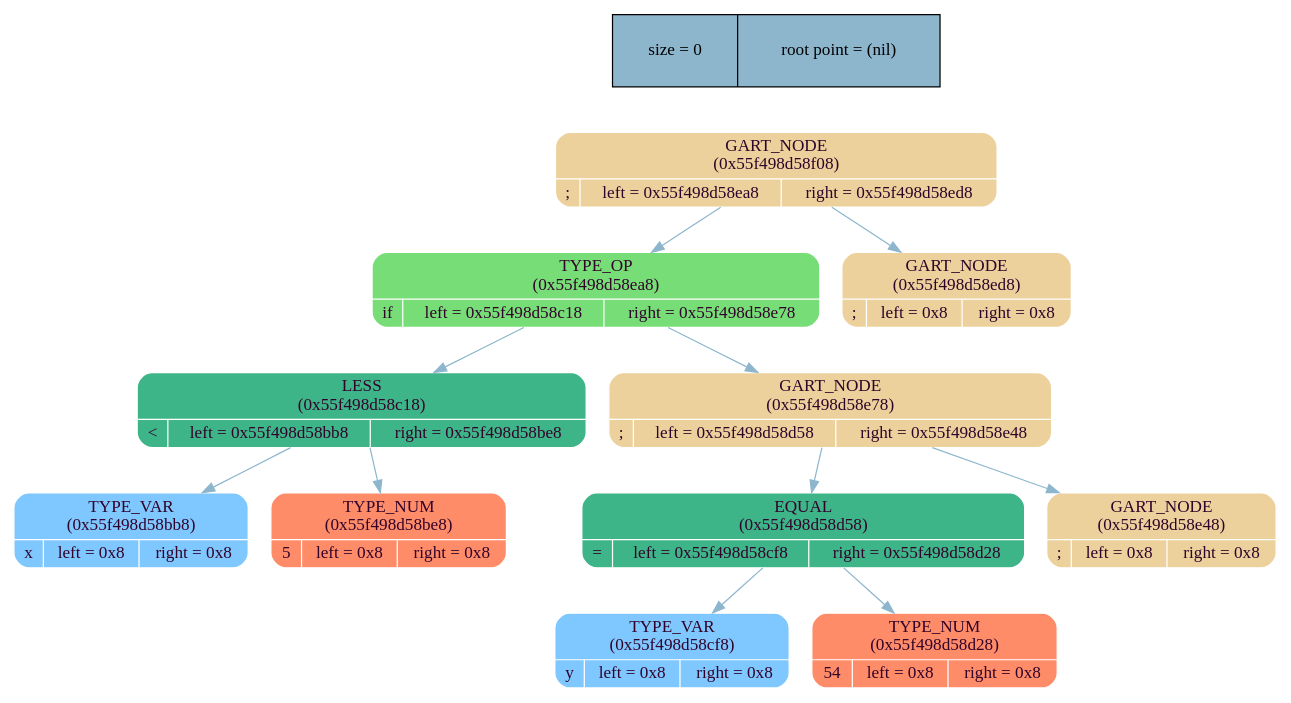
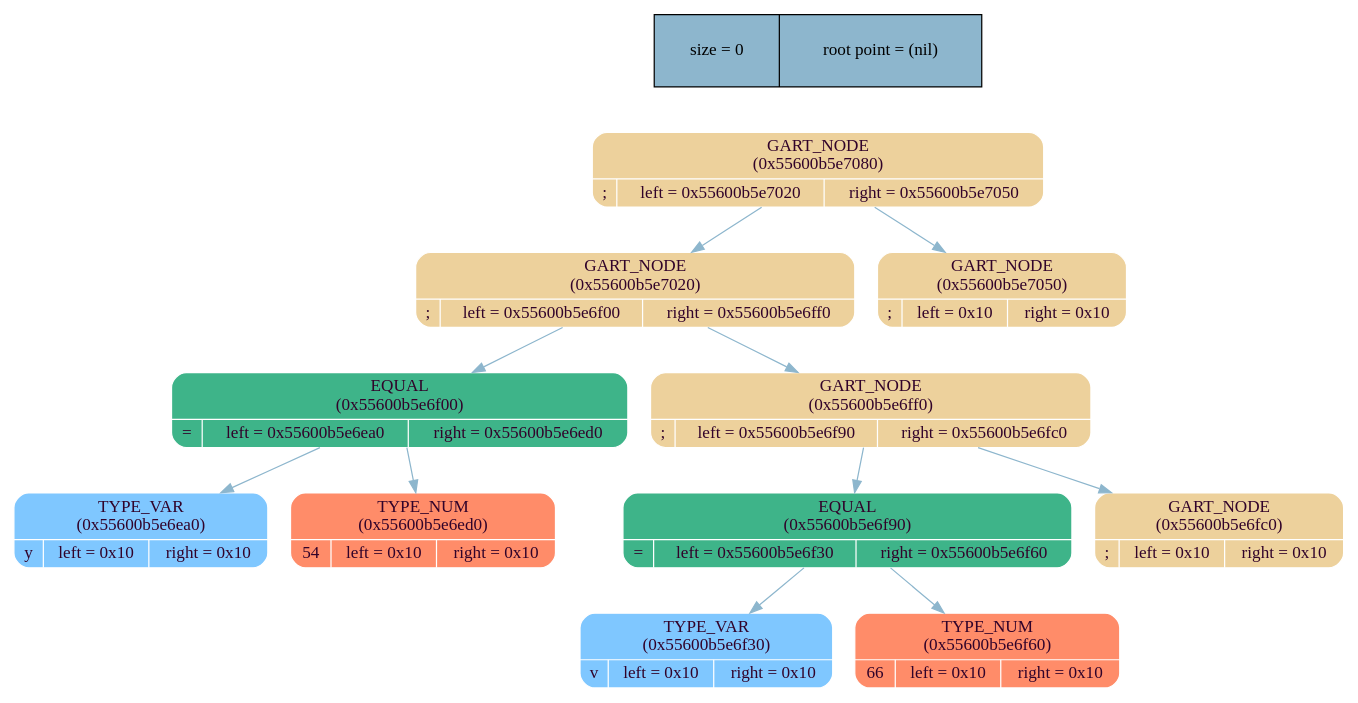
One commit to MaxGroshev/language changed the diagram in frontend/tree/graph_lib/tree_dump.dot. Above: the diagram before and after it, drawn with Graphviz. The commit also changed 14 other files, not shown here.

```diff
--- a/frontend/tree/graph_lib/tree_dump.dot
+++ b/frontend/tree/graph_lib/tree_dump.dot
@@ -1,30 +1,30 @@
 digraph   
 {
 rankdir = ""
 splines = "true"
 
 node_stat [margin = "0.3*0.3", style = "filled", shape = "record", fillcolor = "#8DB6CD" label = " size = 0 | root point = (nil)"]
 {rank = source; node_stat}
 
-node0x55f498d58f08 [shape = "Mrecord", fillcolor = "#EDD19C", style = "filled", fontcolor = "#31032A", fontname = "Calibri", color = "white", label = "{GART_NODE\n (0x55f498d58f08)| {; |left = 0x55f498d58ea8 |right = 0x55f498d58ed8}}"]
-node0x55f498d58f08 -> node0x55f498d58ea8 [color = "#8DB6CD", style = "", constraint = true, fillcolor = "#8DB6CD",   fontcolor = "", fontname = "Calibri", label = ""];
-node0x55f498d58ea8 [shape = "Mrecord", fillcolor = "#77DD77", style = "filled", fontcolor = "#31032A", fontname = "Calibri", color = "white", label = "{TYPE_OP\n (0x55f498d58ea8)| {if |left = 0x55f498d58c18 |right = 0x55f498d58e78}}"]
-node0x55f498d58ea8 -> node0x55f498d58c18 [color = "#8DB6CD", style = "", constraint = true, fillcolor = "#8DB6CD",   fontcolor = "", fontname = "Calibri", label = ""];
-node0x55f498d58c18 [shape = "Mrecord", fillcolor = "#3EB489", style = "filled", fontcolor = "#31032A", fontname = "Calibri", color = "white", label = "{LESS\n (0x55f498d58c18)| {\< |left = 0x55f498d58bb8 |right = 0x55f498d58be8}}"]
-node0x55f498d58c18 -> node0x55f498d58bb8 [color = "#8DB6CD", style = "", constraint = true, fillcolor = "#8DB6CD",   fontcolor = "", fontname = "Calibri", label = ""];
-node0x55f498d58bb8 [shape = "Mrecord", fillcolor = "#7FC7FF", style = "filled", fontcolor = "#31032A", fontname = "Calibri", color = "white", label = "{TYPE_VAR\n (0x55f498d58bb8)| {x |left = 0x8 |right = 0x8}}"]
-node0x55f498d58c18 -> node0x55f498d58be8 [color = "#8DB6CD", style = "", constraint = true, fillcolor = "#8DB6CD",   fontcolor = "", fontname = "Calibri", label = ""];
-node0x55f498d58be8 [shape = "Mrecord", fillcolor = "#FF8C69", style = "filled", fontcolor = "#31032A", fontname = "Calibri", color = "white", label = "{TYPE_NUM\n (0x55f498d58be8)| {5 |left = 0x8 |right = 0x8}}"]
-node0x55f498d58ea8 -> node0x55f498d58e78 [color = "#8DB6CD", style = "", constraint = true, fillcolor = "#8DB6CD",   fontcolor = "", fontname = "Calibri", label = ""];
-node0x55f498d58e78 [shape = "Mrecord", fillcolor = "#EDD19C", style = "filled", fontcolor = "#31032A", fontname = "Calibri", color = "white", label = "{GART_NODE\n (0x55f498d58e78)| {; |left = 0x55f498d58d58 |right = 0x55f498d58e48}}"]
-node0x55f498d58e78 -> node0x55f498d58d58 [color = "#8DB6CD", style = "", constraint = true, fillcolor = "#8DB6CD",   fontcolor = "", fontname = "Calibri", label = ""];
-node0x55f498d58d58 [shape = "Mrecord", fillcolor = "#3EB489", style = "filled", fontcolor = "#31032A", fontname = "Calibri", color = "white", label = "{EQUAL\n (0x55f498d58d58)| {= |left = 0x55f498d58cf8 |right = 0x55f498d58d28}}"]
-node0x55f498d58d58 -> node0x55f498d58cf8 [color = "#8DB6CD", style = "", constraint = true, fillcolor = "#8DB6CD",   fontcolor = "", fontname = "Calibri", label = ""];
-node0x55f498d58cf8 [shape = "Mrecord", fillcolor = "#7FC7FF", style = "filled", fontcolor = "#31032A", fontname = "Calibri", color = "white", label = "{TYPE_VAR\n (0x55f498d58cf8)| {y |left = 0x8 |right = 0x8}}"]
-node0x55f498d58d58 -> node0x55f498d58d28 [color = "#8DB6CD", style = "", constraint = true, fillcolor = "#8DB6CD",   fontcolor = "", fontname = "Calibri", label = ""];
-node0x55f498d58d28 [shape = "Mrecord", fillcolor = "#FF8C69", style = "filled", fontcolor = "#31032A", fontname = "Calibri", color = "white", label = "{TYPE_NUM\n (0x55f498d58d28)| {54 |left = 0x8 |right = 0x8}}"]
-node0x55f498d58e78 -> node0x55f498d58e48 [color = "#8DB6CD", style = "", constraint = true, fillcolor = "#8DB6CD",   fontcolor = "", fontname = "Calibri", label = ""];
-node0x55f498d58e48 [shape = "Mrecord", fillcolor = "#EDD19C", style = "filled", fontcolor = "#31032A", fontname = "Calibri", color = "white", label = "{GART_NODE\n (0x55f498d58e48)| {; |left = 0x8 |right = 0x8}}"]
-node0x55f498d58f08 -> node0x55f498d58ed8 [color = "#8DB6CD", style = "", constraint = true, fillcolor = "#8DB6CD",   fontcolor = "", fontname = "Calibri", label = ""];
-node0x55f498d58ed8 [shape = "Mrecord", fillcolor = "#EDD19C", style = "filled", fontcolor = "#31032A", fontname = "Calibri", color = "white", label = "{GART_NODE\n (0x55f498d58ed8)| {; |left = 0x8 |right = 0x8}}"]
+node0x55600b5e7080 [shape = "Mrecord", fillcolor = "#EDD19C", style = "filled", fontcolor = "#31032A", fontname = "Calibri", color = "white", label = "{GART_NODE\n (0x55600b5e7080)| {; |left = 0x55600b5e7020 |right = 0x55600b5e7050}}"]
+node0x55600b5e7080 -> node0x55600b5e7020 [color = "#8DB6CD", style = "", constraint = true, fillcolor = "#8DB6CD",   fontcolor = "", fontname = "Calibri", label = ""];
+node0x55600b5e7020 [shape = "Mrecord", fillcolor = "#EDD19C", style = "filled", fontcolor = "#31032A", fontname = "Calibri", color = "white", label = "{GART_NODE\n (0x55600b5e7020)| {; |left = 0x55600b5e6f00 |right = 0x55600b5e6ff0}}"]
+node0x55600b5e7020 -> node0x55600b5e6f00 [color = "#8DB6CD", style = "", constraint = true, fillcolor = "#8DB6CD",   fontcolor = "", fontname = "Calibri", label = ""];
+node0x55600b5e6f00 [shape = "Mrecord", fillcolor = "#3EB489", style = "filled", fontcolor = "#31032A", fontname = "Calibri", color = "white", label = "{EQUAL\n (0x55600b5e6f00)| {= |left = 0x55600b5e6ea0 |right = 0x55600b5e6ed0}}"]
+node0x55600b5e6f00 -> node0x55600b5e6ea0 [color = "#8DB6CD", style = "", constraint = true, fillcolor = "#8DB6CD",   fontcolor = "", fontname = "Calibri", label = ""];
+node0x55600b5e6ea0 [shape = "Mrecord", fillcolor = "#7FC7FF", style = "filled", fontcolor = "#31032A", fontname = "Calibri", color = "white", label = "{TYPE_VAR\n (0x55600b5e6ea0)| {y |left = 0x10 |right = 0x10}}"]
+node0x55600b5e6f00 -> node0x55600b5e6ed0 [color = "#8DB6CD", style = "", constraint = true, fillcolor = "#8DB6CD",   fontcolor = "", fontname = "Calibri", label = ""];
+node0x55600b5e6ed0 [shape = "Mrecord", fillcolor = "#FF8C69", style = "filled", fontcolor = "#31032A", fontname = "Calibri", color = "white", label = "{TYPE_NUM\n (0x55600b5e6ed0)| {54 |left = 0x10 |right = 0x10}}"]
+node0x55600b5e7020 -> node0x55600b5e6ff0 [color = "#8DB6CD", style = "", constraint = true, fillcolor = "#8DB6CD",   fontcolor = "", fontname = "Calibri", label = ""];
+node0x55600b5e6ff0 [shape = "Mrecord", fillcolor = "#EDD19C", style = "filled", fontcolor = "#31032A", fontname = "Calibri", color = "white", label = "{GART_NODE\n (0x55600b5e6ff0)| {; |left = 0x55600b5e6f90 |right = 0x55600b5e6fc0}}"]
+node0x55600b5e6ff0 -> node0x55600b5e6f90 [color = "#8DB6CD", style = "", constraint = true, fillcolor = "#8DB6CD",   fontcolor = "", fontname = "Calibri", label = ""];
+node0x55600b5e6f90 [shape = "Mrecord", fillcolor = "#3EB489", style = "filled", fontcolor = "#31032A", fontname = "Calibri", color = "white", label = "{EQUAL\n (0x55600b5e6f90)| {= |left = 0x55600b5e6f30 |right = 0x55600b5e6f60}}"]
+node0x55600b5e6f90 -> node0x55600b5e6f30 [color = "#8DB6CD", style = "", constraint = true, fillcolor = "#8DB6CD",   fontcolor = "", fontname = "Calibri", label = ""];
+node0x55600b5e6f30 [shape = "Mrecord", fillcolor = "#7FC7FF", style = "filled", fontcolor = "#31032A", fontname = "Calibri", color = "white", label = "{TYPE_VAR\n (0x55600b5e6f30)| {v |left = 0x10 |right = 0x10}}"]
+node0x55600b5e6f90 -> node0x55600b5e6f60 [color = "#8DB6CD", style = "", constraint = true, fillcolor = "#8DB6CD",   fontcolor = "", fontname = "Calibri", label = ""];
+node0x55600b5e6f60 [shape = "Mrecord", fillcolor = "#FF8C69", style = "filled", fontcolor = "#31032A", fontname = "Calibri", color = "white", label = "{TYPE_NUM\n (0x55600b5e6f60)| {66 |left = 0x10 |right = 0x10}}"]
+node0x55600b5e6ff0 -> node0x55600b5e6fc0 [color = "#8DB6CD", style = "", constraint = true, fillcolor = "#8DB6CD",   fontcolor = "", fontname = "Calibri", label = ""];
+node0x55600b5e6fc0 [shape = "Mrecord", fillcolor = "#EDD19C", style = "filled", fontcolor = "#31032A", fontname = "Calibri", color = "white", label = "{GART_NODE\n (0x55600b5e6fc0)| {; |left = 0x10 |right = 0x10}}"]
+node0x55600b5e7080 -> node0x55600b5e7050 [color = "#8DB6CD", style = "", constraint = true, fillcolor = "#8DB6CD",   fontcolor = "", fontname = "Calibri", label = ""];
+node0x55600b5e7050 [shape = "Mrecord", fillcolor = "#EDD19C", style = "filled", fontcolor = "#31032A", fontname = "Calibri", color = "white", label = "{GART_NODE\n (0x55600b5e7050)| {; |left = 0x10 |right = 0x10}}"]
 }
```
